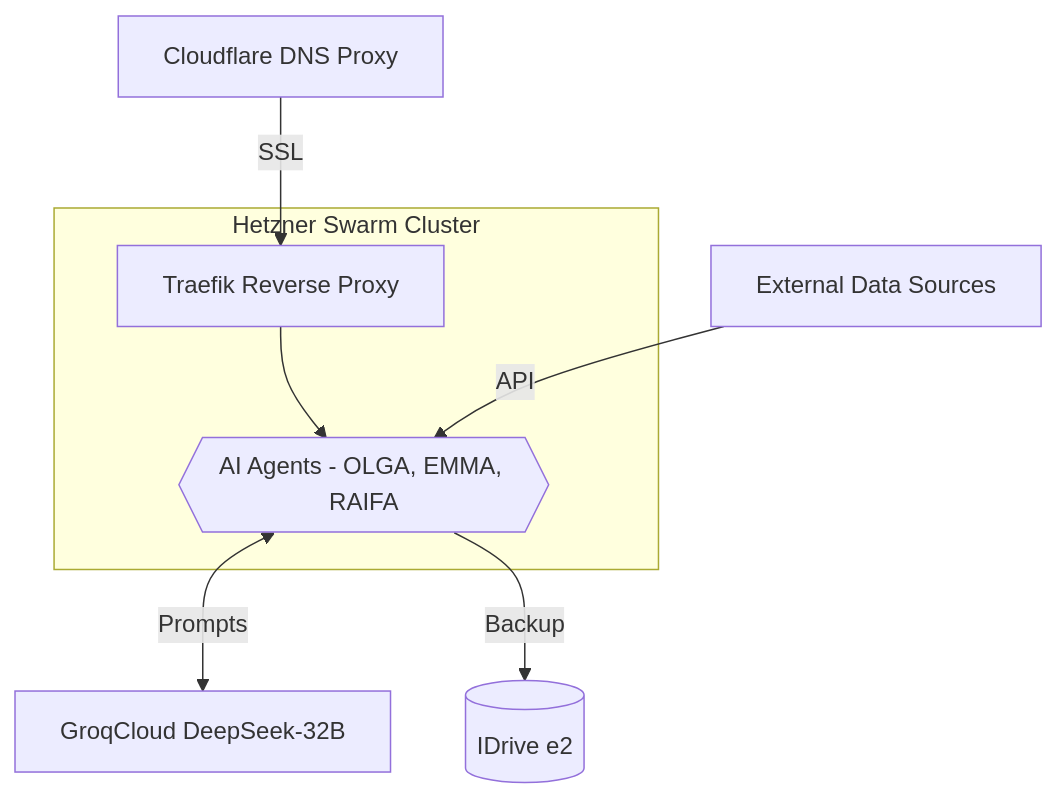
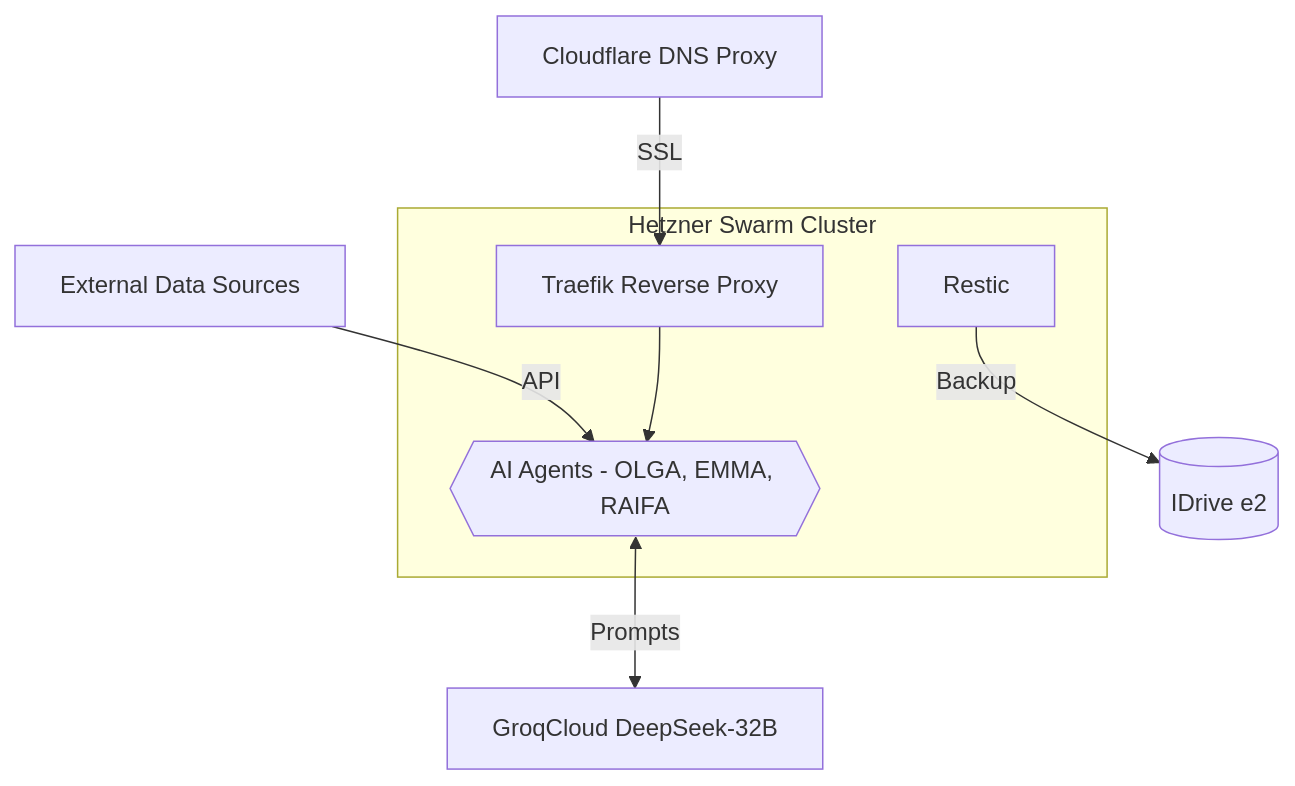
The first of 4 diagrams in projects/bnb/v6-b.md (deepbrainspace/deepbrain-stack), drawn with Mermaid before and after one commit.

````diff
--- a/projects/bnb/v6-b.md
+++ b/projects/bnb/v6-b.md
@@ -40,10 +40,11 @@
 ```mermaid
 flowchart TD
     U[Cloudflare DNS Proxy] -->|SSL| E[Traefik Reverse Proxy]
     subgraph Hetzner_CCX23_Cluster_Docker_Swarm[Hetzner Swarm Cluster]
         E --> Q{{AI Agents - OLGA, EMMA, RAIFA}}
+        R[Restic]
     end
     Q <-->|Prompts| T[GroqCloud DeepSeek-32B]
     V[External Data Sources] -->|API| Q
-    Q -->|Backup| I[(IDrive e2)]
+    R -->|Backup| I[(IDrive e2)]
 ```
````
